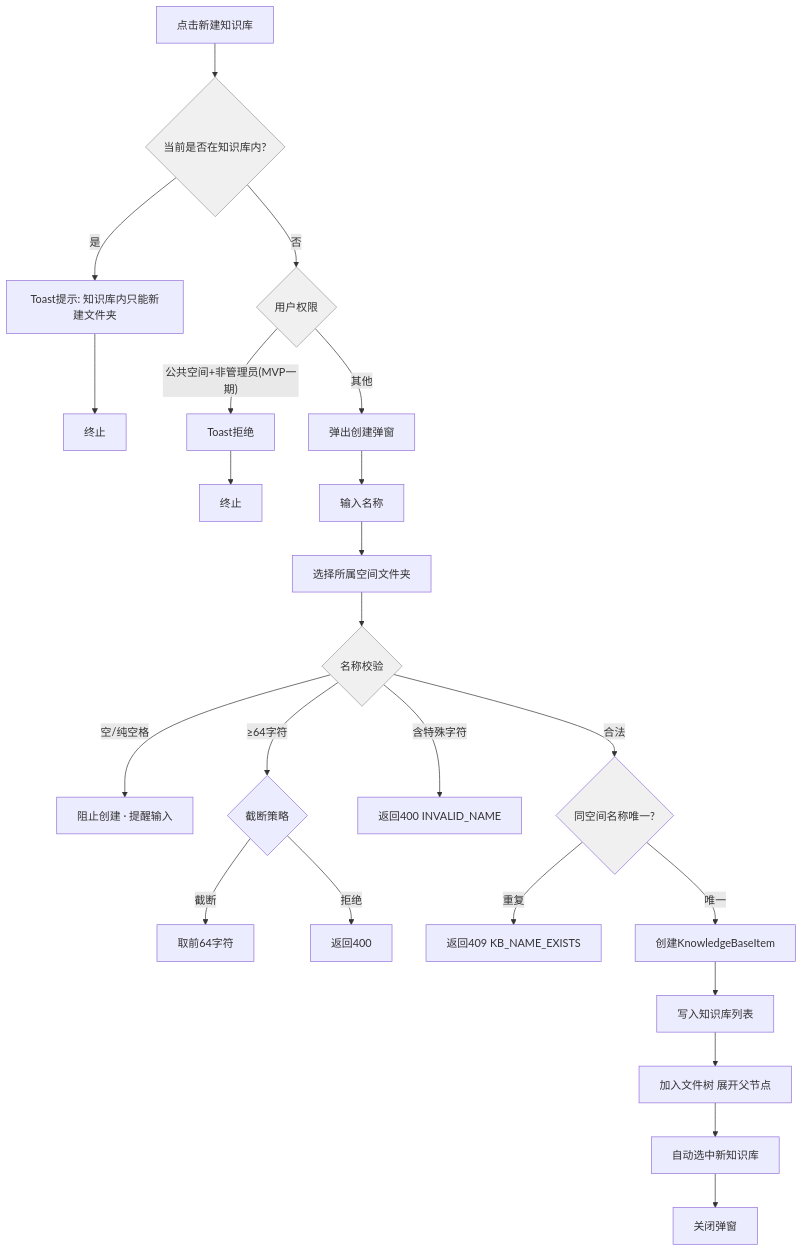
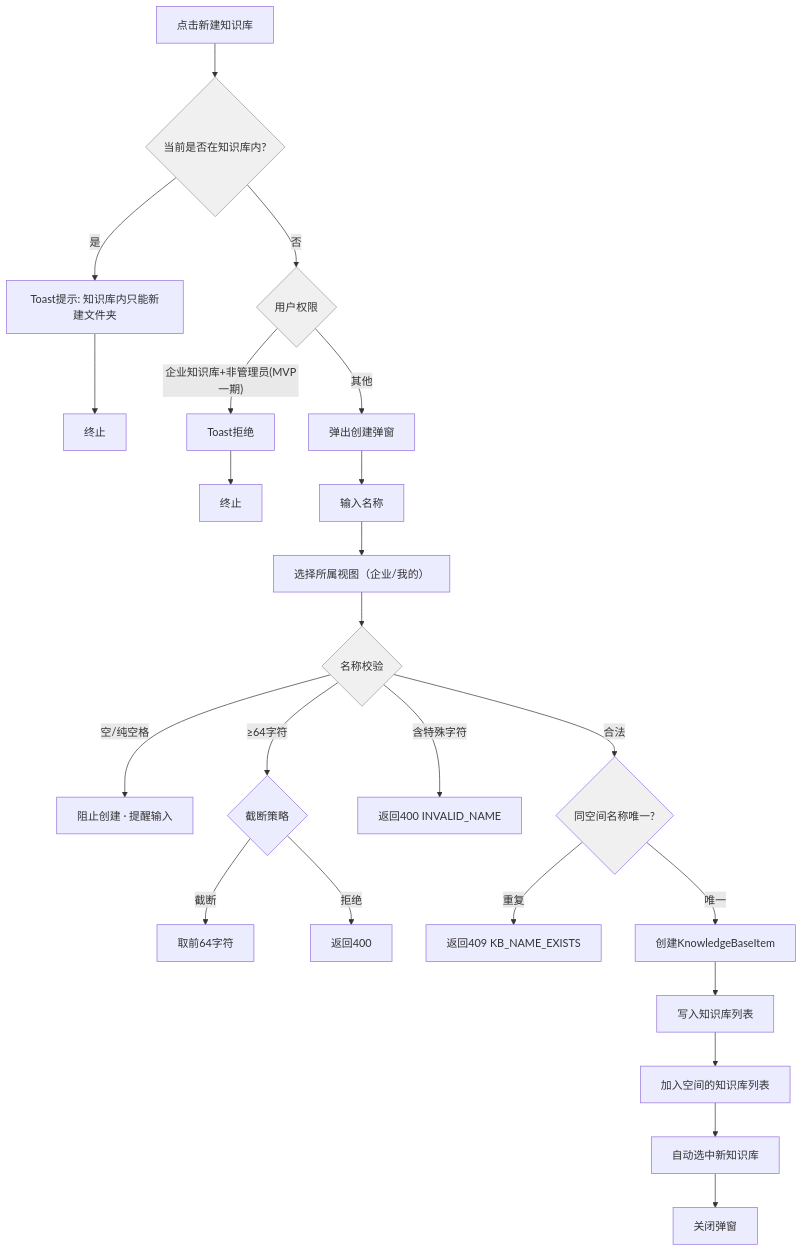
Before and after one commit to fri555/PORTL: the fifth of 14 diagrams in docs/需求文档/20260703-【PRD】AI工作台-知识中心-天马智擎项目.md, drawn with Mermaid. The commit also changed other lines of this file and 26 other files, not shown here.

````diff
--- a/docs/需求文档/20260703-【PRD】AI工作台-知识中心-天马智擎项目.md
+++ b/docs/需求文档/20260703-【PRD】AI工作台-知识中心-天马智擎项目.md
@@ -622,32 +643,32 @@
 ```mermaid
 flowchart TD
     A["点击新建知识库"] --> B{"当前是否在知识库内?"}
     B -->|"是"| C["Toast提示: 知识库内只能新建文件夹"]
     C --> D["终止"]
     B -->|"否"| E{"用户权限"}
-    E -->|"公共空间+非管理员(MVP一期)"| F["Toast拒绝"]
+    E -->|"企业知识库+非管理员(MVP一期)"| F["Toast拒绝"]
     F --> G["终止"]
     E -->|"其他"| H["弹出创建弹窗"]
 
     H --> I["输入名称"]
-    I --> J["选择所属空间文件夹"]
+    I --> J["选择所属视图（企业/我的）"]
     J --> K{"名称校验"}
     K -->|"空/纯空格"| L["阻止创建 · 提醒输入"]
     K -->|"≥64字符"| M{"截断策略"}
     M -->|"截断"| N["取前64字符"]
     M -->|"拒绝"| O["返回400"]
     K -->|"含特殊字符"| P["返回400 INVALID_NAME"]
     K -->|"合法"| Q{"同空间名称唯一?"}
     Q -->|"重复"| R["返回409 KB_NAME_EXISTS"]
     Q -->|"唯一"| S["创建KnowledgeBaseItem"]
 
     S --> T["写入知识库列表"]
-    T --> U["加入文件树 展开父节点"]
+    T --> U["加入空间的知识库列表"]
     U --> V["自动选中新知识库"]
     V --> W["关闭弹窗"]
 
     style B fill:#f0f0f0,stroke:#999
     style E fill:#f0f0f0,stroke:#999
     style K fill:#f0f0f0,stroke:#999
     style Q fill:#f0f0f0,stroke:#9
 ```
````
